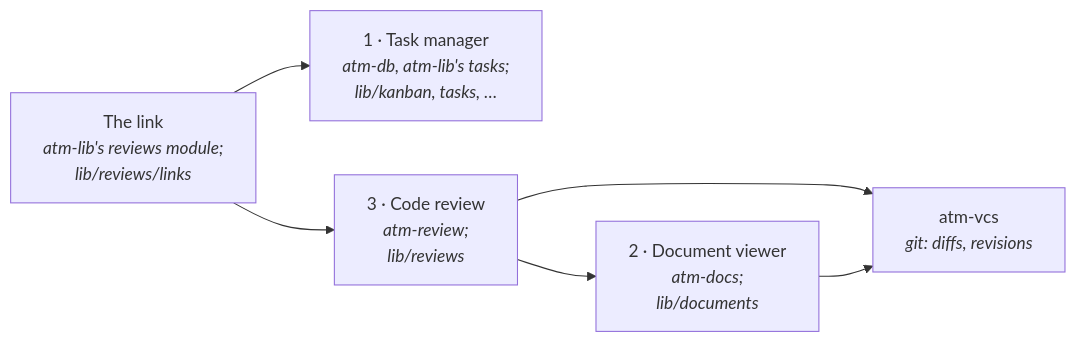
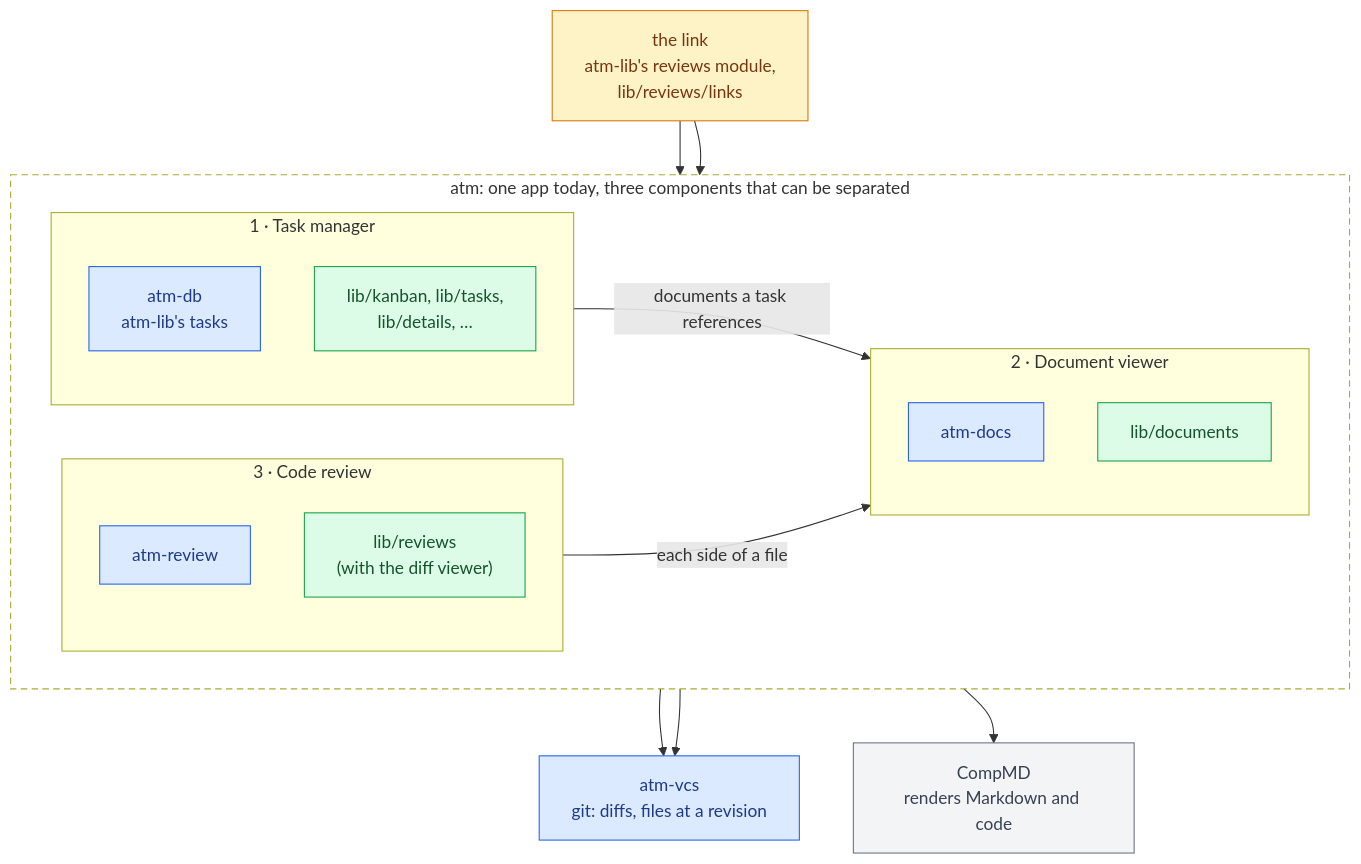
One commit to solo-swe/agentic-task-manager changed the first of 3 diagrams in docs/code-review-design.md. Above: the diagram before and after it, drawn with Mermaid. The commit also changed other lines of this file and 1 other file, not shown here.

First line of the commit message:
docs(ATM-337): the code review design, round 2: live reviews, a CR’s states and its task’s, nested comments with a resolved box each, the diff viewer as ours, the browser writing, one store method per operation, CR-8.1/CR-8.2 on clashes, no snapshots

````diff
--- a/docs/code-review-design.md
+++ b/docs/code-review-design.md
@@ -61,14 +69,35 @@
 ```mermaid
-flowchart LR
-    Tasks["1 · Task manager<br/><i>atm-db, atm-lib's tasks;<br/>lib/kanban, tasks, …</i>"]
-    Docs["2 · Document viewer<br/><i>atm-docs;<br/>lib/documents</i>"]
-    Reviews["3 · Code review<br/><i>atm-review;<br/>lib/reviews</i>"]
-    Link["The link<br/><i>atm-lib's reviews module;<br/>lib/reviews/links</i>"]
-    Vcs["atm-vcs<br/><i>git: diffs, revisions</i>"]
+flowchart TB
+    subgraph app["atm: one app today, three components that can be separated"]
+        direction LR
+        subgraph TM["1 · Task manager"]
+            tmRust["atm-db<br/>atm-lib's tasks"]:::crate
+            tmUi["lib/kanban, lib/tasks,<br/>lib/details, …"]:::folder
+        end
+        subgraph DV["2 · Document viewer"]
+            dvRust["atm-docs"]:::crate
+            dvUi["lib/documents"]:::folder
+        end
+        subgraph CR["3 · Code review"]
+            crRust["atm-review"]:::crate
+            crUi["lib/reviews<br/>(with the diff viewer)"]:::folder
+        end
+    end
+    link["the link<br/>atm-lib's reviews module,<br/>lib/reviews/links"]:::link
+    vcs["atm-vcs<br/>git: diffs, files at a revision"]:::crate
+    compmd["CompMD<br/>renders Markdown and code"]:::outside
 
-    Reviews --> Docs
-    Reviews --> Vcs
-    Docs --> Vcs
-    Link --> Reviews
-    Link --> Tasks
+    TM -- "documents a task references" --> DV
+    CR -- "each side of a file" --> DV
+    link --> TM
+    link --> CR
+    DV --> vcs
+    CR --> vcs
+    DV --> compmd
+
+    classDef crate fill:#dbeafe,stroke:#2563eb,color:#1e3a8a
+    classDef folder fill:#dcfce7,stroke:#16a34a,color:#14532d
+    classDef link fill:#fef3c7,stroke:#d97706,color:#78350f
+    classDef outside fill:#f3f4f6,stroke:#6b7280,color:#374151
+    style app stroke-dasharray: 6 4,fill:none
 ```
````
